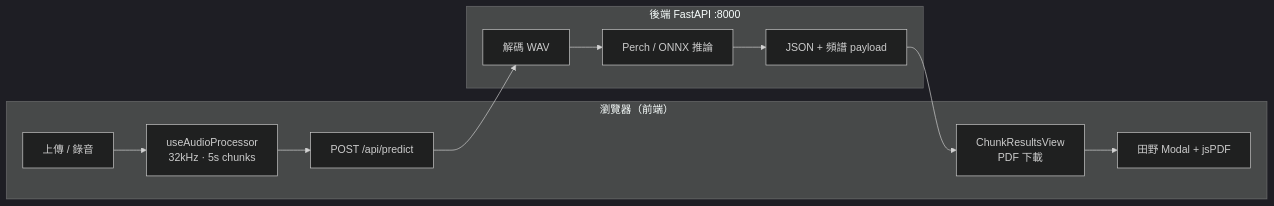
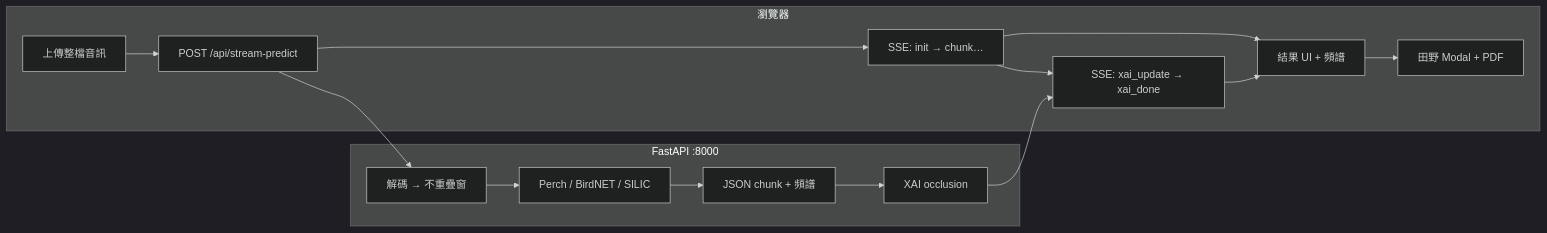
One commit to Chen-Jung0929/EchoWing changed the diagram in README.md. Above: the diagram before and after it, drawn with Mermaid (dark theme). The commit also changed other lines of this file and 61 other files, not shown here.

````diff
--- a/README.md
+++ b/README.md
@@ -54,14 +63,18 @@
 ```mermaid
 flowchart LR
-  subgraph Browser["瀏覽器（前端）"]
-    A[上傳 / 錄音] --> B[useAudioProcessor<br/>32kHz · 5s chunks]
-    B --> C[POST /api/predict]
-    D[ChunkResultsView<br/>PDF 下載] --> E[田野 Modal + jsPDF]
+  subgraph Browser["瀏覽器"]
+    A[上傳整檔音訊] --> B[POST /api/stream-predict]
+    B --> C[SSE: init → chunk…]
+    C --> D[結果 UI + 頻譜]
+    C --> E[SSE: xai_update → xai_done]
+    E --> D
+    D --> F[田野 Modal + PDF]
   end
-  subgraph Server["後端 FastAPI :8000"]
-    C --> F[解碼 WAV]
-    F --> G[Perch / ONNX 推論]
-    G --> H[JSON + 頻譜 payload]
+  subgraph Server["FastAPI :8000"]
+    B --> G[解碼 → 不重疊窗]
+    G --> H[Perch / BirdNET / SILIC]
+    H --> I[JSON chunk + 頻譜]
+    I --> J[XAI occlusion]
+    J --> E
   end
-  H --> D
 ```
````
